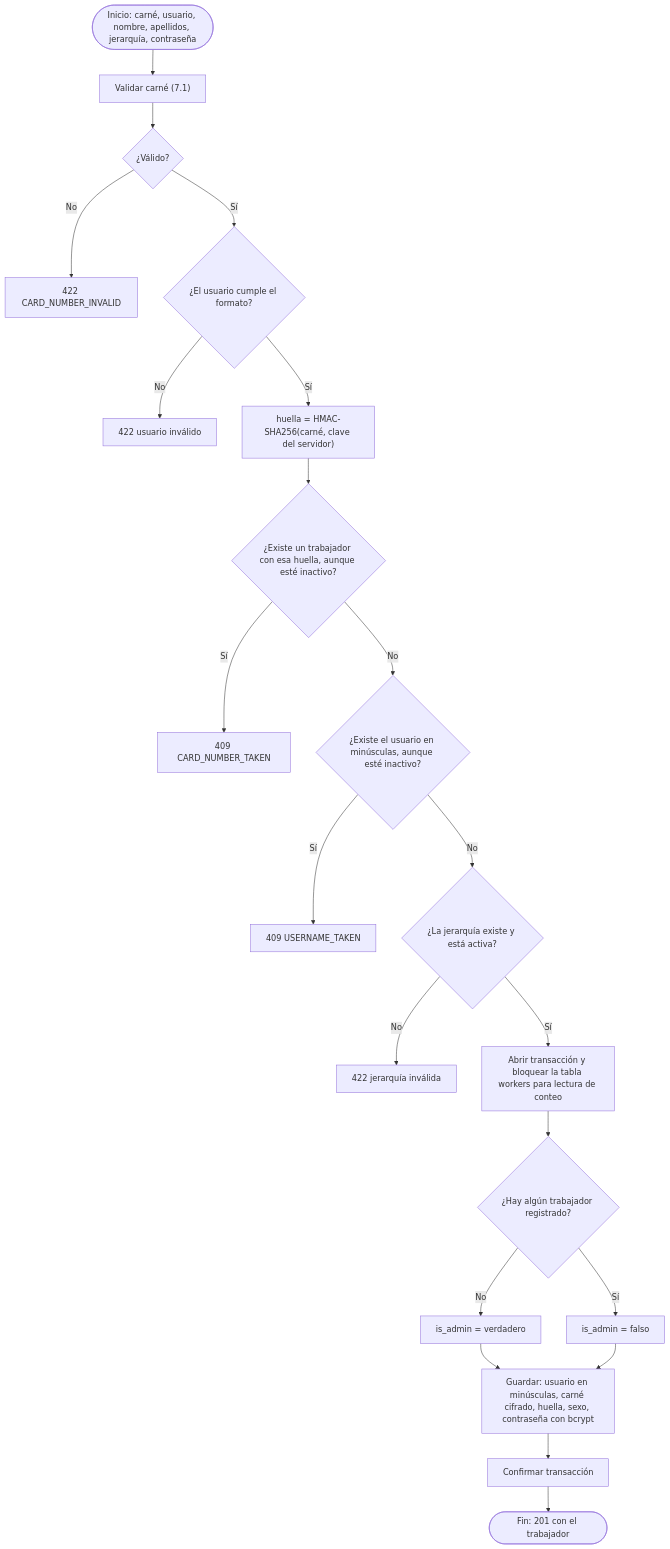
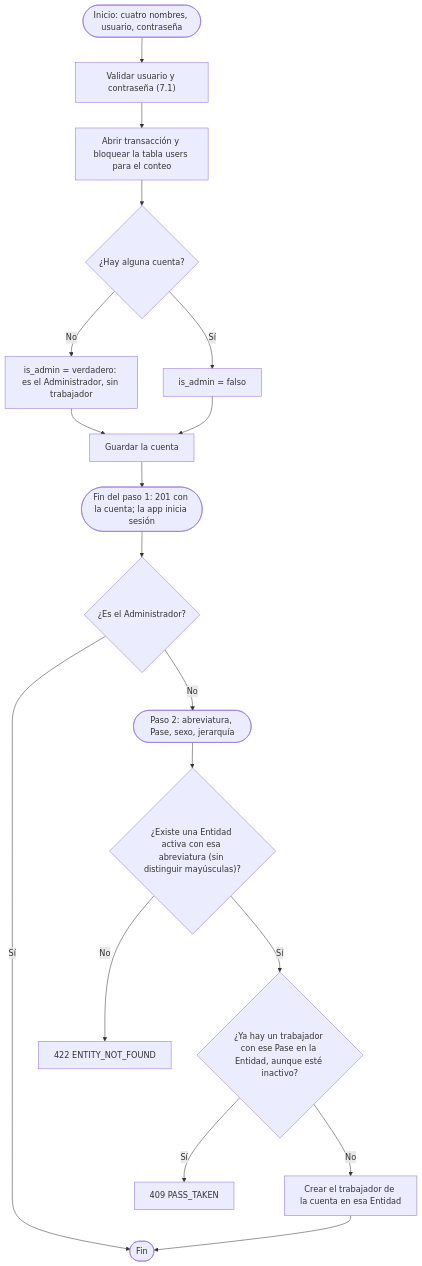
The second of 30 diagrams in docs/07-algoritmos.md (maicolalmaralestamayo/MiRuta), drawn with Mermaid before and after one commit. The commit also changed other lines of this file and 10 other files, not shown here.

First line of the commit message:
Documentación de la versión 2 y caducidad de conversaciones sin cuenta y avisos leídos

````diff
--- a/docs/07-algoritmos.md
+++ b/docs/07-algoritmos.md
@@ -71,23 +65,20 @@
 ```mermaid
 flowchart TD
-    A(["Inicio: carné, usuario, nombre, apellidos, jerarquía, contraseña"]) --> B["Validar carné (7.1)"]
-    B --> C{"¿Válido?"}
-    C -->|No| X1["422 CARD_NUMBER_INVALID"]
-    C -->|Sí| U{"¿El usuario cumple el formato?"}
-    U -->|No| X4["422 usuario inválido"]
-    U -->|Sí| D["huella = HMAC-SHA256(carné, clave del servidor)"]
-    D --> E{"¿Existe un trabajador con esa huella, aunque esté inactivo?"}
-    E -->|Sí| X2["409 CARD_NUMBER_TAKEN"]
-    E -->|No| V{"¿Existe el usuario en minúsculas, aunque esté inactivo?"}
-    V -->|Sí| X5["409 USERNAME_TAKEN"]
-    V -->|No| F{"¿La jerarquía existe y está activa?"}
-    F -->|No| X3["422 jerarquía inválida"]
-    F -->|Sí| G["Abrir transacción y bloquear la tabla workers para lectura de conteo"]
-    G --> H{"¿Hay algún trabajador registrado?"}
-    H -->|No| I["is_admin = verdadero"]
-    H -->|Sí| J["is_admin = falso"]
-    I --> K["Guardar: usuario en minúsculas, carné cifrado, huella, sexo, contraseña con bcrypt"]
-    J --> K
-    K --> L["Confirmar transacción"]
-    L --> Z(["Fin: 201 con el trabajador"])
+    A(["Inicio: cuatro nombres, usuario, contraseña"]) --> B["Validar usuario y contraseña (7.1)"]
+    B --> C["Abrir transacción y bloquear la tabla users para el conteo"]
+    C --> D{"¿Hay alguna cuenta?"}
+    D -->|No| E["is_admin = verdadero: es el Administrador, sin trabajador"]
+    D -->|Sí| F["is_admin = falso"]
+    E --> G["Guardar la cuenta"]
+    F --> G
+    G --> H(["Fin del paso 1: 201 con la cuenta; la app inicia sesión"])
+    H --> I{"¿Es el Administrador?"}
+    I -->|Sí| Z(["Fin"])
+    I -->|No| J(["Paso 2: abreviatura, Pase, sexo, jerarquía"])
+    J --> K{"¿Existe una Entidad activa con esa abreviatura (sin distinguir mayúsculas)?"}
+    K -->|No| X1["422 ENTITY_NOT_FOUND"]
+    K -->|Sí| L{"¿Ya hay un trabajador con ese Pase en la Entidad, aunque esté inactivo?"}
+    L -->|Sí| X2["409 PASS_TAKEN"]
+    L -->|No| M["Crear el trabajador de la cuenta en esa Entidad"]
+    M --> Z
 ```
````
